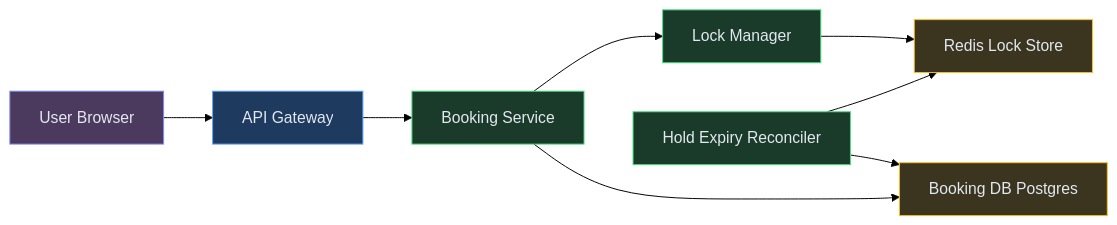
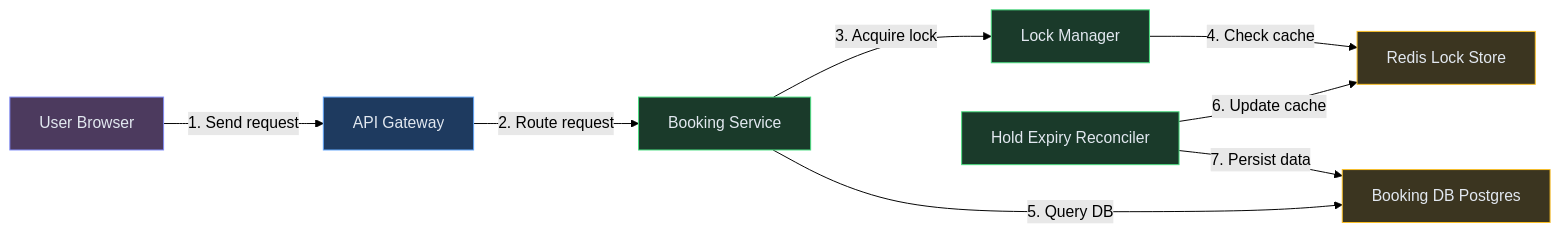
The third of 11 diagrams in content/hld/BookMyShow.md (iluzn/HLD-Designs), drawn with Mermaid (forest theme) before and after one commit. The commit also changed other lines of this file and 27 other files, not shown here.

````diff
--- a/content/hld/BookMyShow.md
+++ b/content/hld/BookMyShow.md
@@ -245,23 +245,23 @@
 ```mermaid
 flowchart LR
     User["User Browser"]:::client
     GW["API Gateway"]:::edge
     BS["Booking Service"]:::service
     LM["Lock Manager"]:::service
     RL["Redis Lock Store"]:::data
     DB["Booking DB Postgres"]:::data
     REC["Hold Expiry Reconciler"]:::service
 
-    User --> GW
-    GW --> BS
-    BS --> LM
-    LM --> RL
-    BS --> DB
-    REC --> RL
-    REC --> DB
+    User -->|"1. Send request"| GW
+    GW -->|"2. Route request"| BS
+    BS -->|"3. Acquire lock"| LM
+    LM -->|"4. Check cache"| RL
+    BS -->|"5. Query DB"| DB
+    REC -->|"6. Update cache"| RL
+    REC -->|"7. Persist data"| DB
 
     classDef client fill:#4c3a5e,stroke:#818cf8,color:#e2e8f0
     classDef edge fill:#1e3a5f,stroke:#60a5fa,color:#e2e8f0
     classDef service fill:#1a3a2a,stroke:#4ade80,color:#e2e8f0
     classDef data fill:#3b3520,stroke:#fbbf24,color:#e2e8f0
 ```
````
